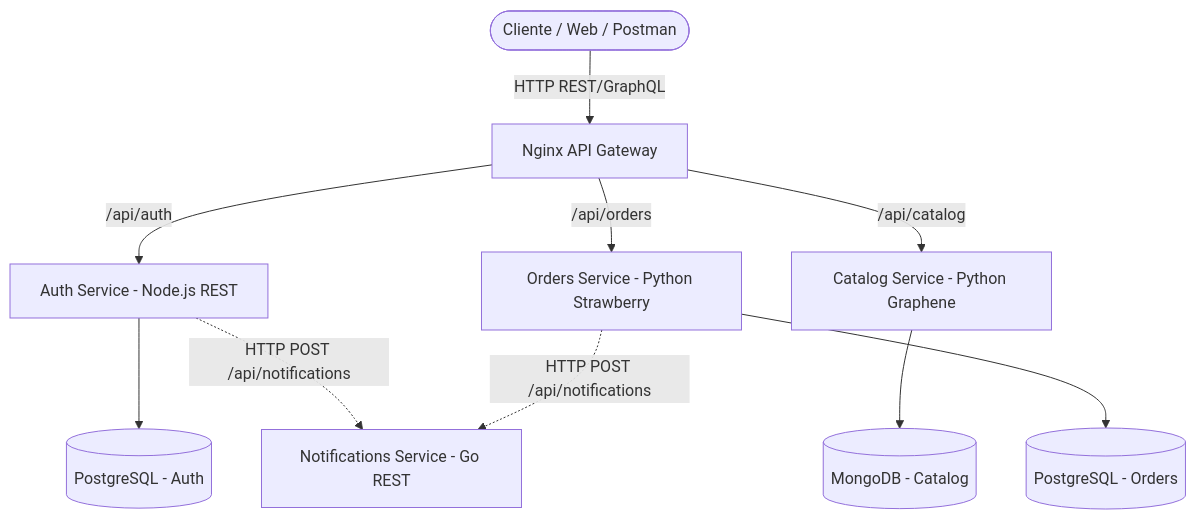
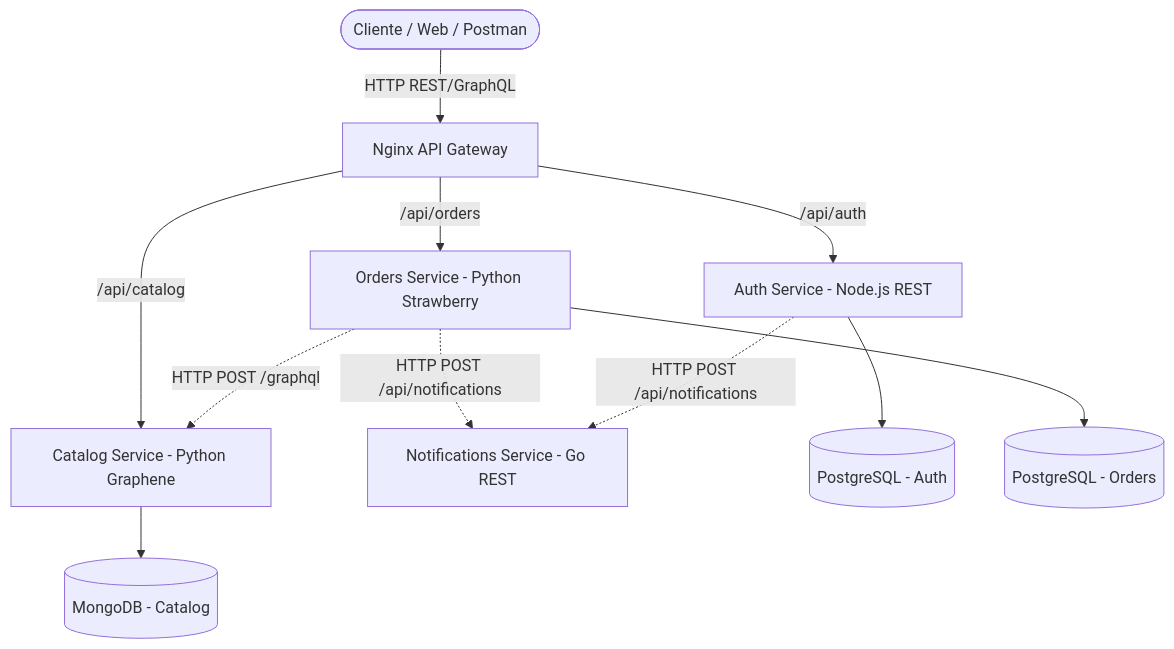
The diagram in P4/docs/diagramas/arquitectura.md (ELFBIBv/Practicas-SA-B-202203856), drawn with Mermaid before and after one commit. The commit also changed 5 other files, not shown here.

Commit message:
fix: se corrigio para que las cantidades tuvieran consistencias (los microservicios se comunicaran) tambien se ajustaron los diagramas

````diff
--- a/P4/docs/diagramas/arquitectura.md
+++ b/P4/docs/diagramas/arquitectura.md
@@ -5,15 +5,16 @@
 ```mermaid
 graph TD
     Client([Cliente / Web / Postman]) -->|HTTP REST/GraphQL| Gateway[Nginx API Gateway]
     
     Gateway -->|/api/auth| Auth[Auth Service - Node.js REST]
     Gateway -->|/api/catalog| Catalog[Catalog Service - Python Graphene]
     Gateway -->|/api/orders| Orders[Orders Service - Python Strawberry]
     
+    Orders -.->|HTTP POST /graphql| Catalog
     Orders -.->|HTTP POST /api/notifications| Notifications
     Auth -.->|HTTP POST /api/notifications| Notifications[Notifications Service - Go REST]
     
     Auth --> DB_Auth[(PostgreSQL - Auth)]
     Catalog --> DB_Catalog[(MongoDB - Catalog)]
     Orders --> DB_Orders[(PostgreSQL - Orders)]
 ```
````
